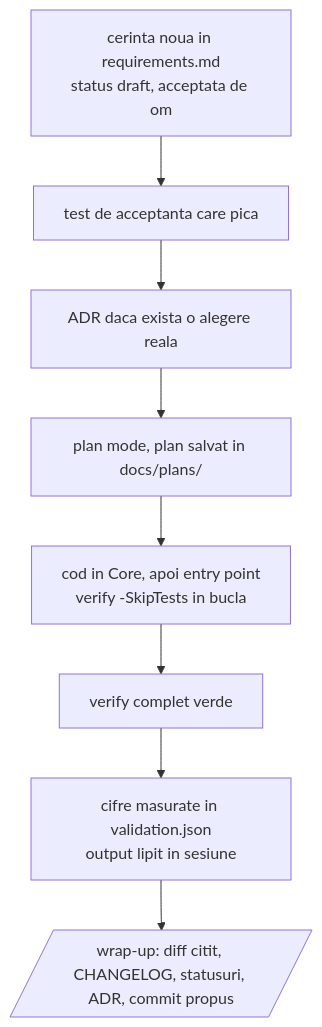
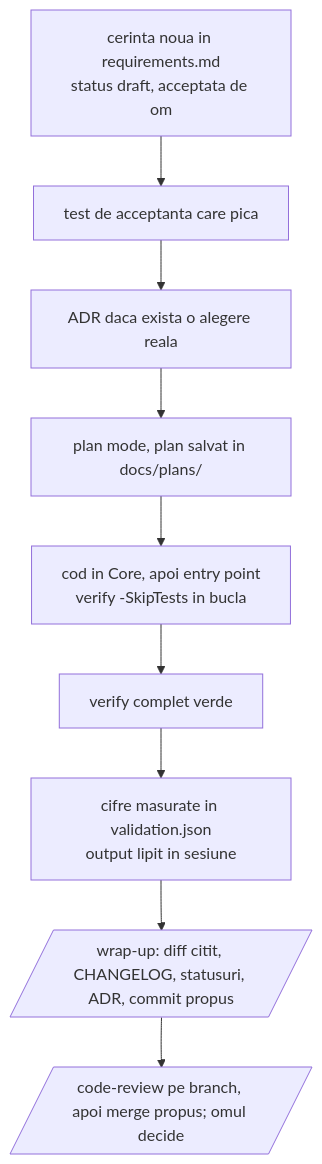
Before and after one commit to tcarean/AstroDarkroom: the second of 2 diagrams in ClaudeCodeStarterKit/GHID.md, drawn with Mermaid. The commit also changed other lines of this file and 39 other files, not shown here.

````diff
--- a/ClaudeCodeStarterKit/GHID.md
+++ b/ClaudeCodeStarterKit/GHID.md
@@ -143,10 +206,11 @@
 ```mermaid
 flowchart TD
   A[cerinta noua in requirements.md<br/>status draft, acceptata de om] --> B[test de acceptanta care pica]
   B --> C[ADR daca exista o alegere reala]
   C --> D[plan mode, plan salvat in docs/plans/]
   D --> E[cod in Core, apoi entry point<br/>verify -SkipTests in bucla]
   E --> F[verify complet verde]
   F --> G[cifre masurate in validation.json<br/>output lipit in sesiune]
   G --> H[/wrap-up: diff citit, CHANGELOG, statusuri, ADR, commit propus/]
+  H --> I[/code-review pe branch, apoi merge propus; omul decide/]
 ```
````
